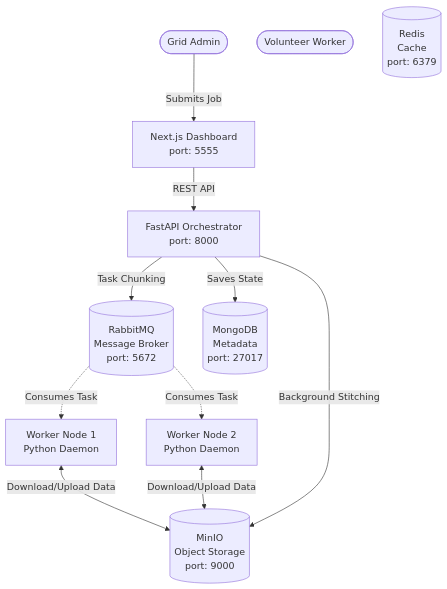
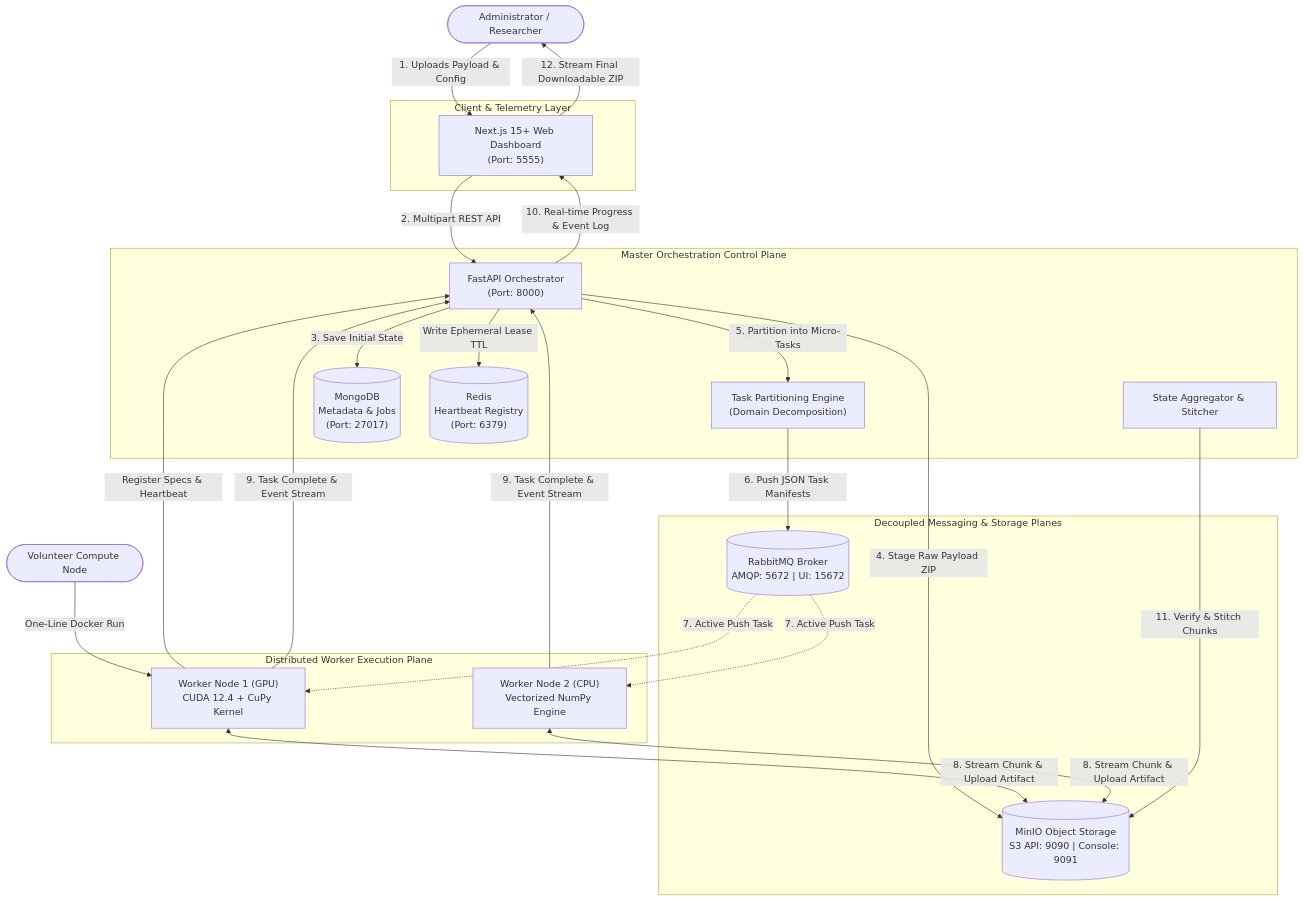
Before and after one commit to Gaurravvvv/Daemon: the diagram in README.md, drawn with Mermaid. The commit also changed other lines of this file and 44 other files, not shown here.

````diff
--- a/README.md
+++ b/README.md
@@ -7,37 +76,56 @@
 ```mermaid
-graph TD
+flowchart TD
     %% Actors
-    Admin([Grid Admin])
-    Volunteer([Volunteer Worker])
+    Admin([Administrator / Researcher])
+    Volunteer([Volunteer Compute Node])
 
-    %% UI
-    UI[Next.js Dashboard \n port: 5555]
+    %% UI & Control Plane
+    subgraph UI_Layer ["Client & Telemetry Layer"]
+        UI["Next.js 15+ Web Dashboard<br/>(Port: 5555)"]
+    end
 
-    %% Backend
-    Orchestrator[FastAPI Orchestrator \n port: 8000]
+    subgraph Orchestrator_Tier ["Master Orchestration Control Plane"]
+        FastAPI["FastAPI Orchestrator<br/>(Port: 8000)"]
+        Splitter["Task Partitioning Engine<br/>(Domain Decomposition)"]
+        Aggregator["State Aggregator & Stitcher"]
+        Mongo[("MongoDB<br/>Metadata & Jobs<br/>(Port: 27017)")]
+        Redis[("Redis<br/>Heartbeat Registry<br/>(Port: 6379)")]
+    end
 
-    %% Infrastructure
-    RabbitMQ[(RabbitMQ \n Message Broker \n port: 5672)]
-    MinIO[(MinIO \n Object Storage \n port: 9000)]
-    Mongo[(MongoDB \n Metadata \n port: 27017)]
-    Redis[(Redis \n Cache \n port: 6379)]
+    %% Messaging & Storage
+    subgraph Infra_Tier ["Decoupled Messaging & Storage Planes"]
+        RabbitMQ[("RabbitMQ Broker<br/>AMQP: 5672 | UI: 15672")]
+        MinIO[("MinIO Object Storage<br/>S3 API: 9090 | Console: 9091")]
+    end
 
-    %% Workers
-    Worker1[Worker Node 1 \n Python Daemon]
-    Worker2[Worker Node 2 \n Python Daemon]
+    %% Worker Plane
+    subgraph Worker_Tier ["Distributed Worker Execution Plane"]
+        W_GPU["Worker Node 1 (GPU)<br/>CUDA 12.4 + CuPy Kernel"]
+        W_CPU["Worker Node 2 (CPU)<br/>Vectorized NumPy Engine"]
+    end
 
-    %% Connections
-    Admin -->|Submits Job| UI
-    UI -->|REST API| Orchestrator
-    
-    Orchestrator -->|Saves State| Mongo
-    Orchestrator -->|Task Chunking| RabbitMQ
-    
-    RabbitMQ -.->|Consumes Task| Worker1
-    RabbitMQ -.->|Consumes Task| Worker2
+    %% Flow Connections
+    Admin -->|1. Uploads Payload & Config| UI
+    UI -->|2. Multipart REST API| FastAPI
+    FastAPI -->|3. Save Initial State| Mongo
+    FastAPI -->|4. Stage Raw Payload ZIP| MinIO
+    FastAPI -->|5. Partition into Micro-Tasks| Splitter
+    Splitter -->|6. Push JSON Task Manifests| RabbitMQ
 
-    Worker1 <-->|Download/Upload Data| MinIO
-    Worker2 <-->|Download/Upload Data| MinIO
+    Volunteer -->|One-Line Docker Run| W_GPU
+    W_GPU -->|Register Specs & Heartbeat| FastAPI
+    FastAPI -->|Write Ephemeral Lease TTL| Redis
 
-    Orchestrator -->|Background Stitching| MinIO
+    RabbitMQ -.->|7. Active Push Task| W_GPU
+    RabbitMQ -.->|7. Active Push Task| W_CPU
+
+    W_GPU <-->|8. Stream Chunk & Upload Artifact| MinIO
+    W_CPU <-->|8. Stream Chunk & Upload Artifact| MinIO
+
+    W_GPU -->|9. Task Complete & Event Stream| FastAPI
+    W_CPU -->|9. Task Complete & Event Stream| FastAPI
+    FastAPI -->|10. Real-time Progress & Event Log| UI
+
+    Aggregator -->|11. Verify & Stitch Chunks| MinIO
+    UI -->|12. Stream Final Downloadable ZIP| Admin
 ```
````
